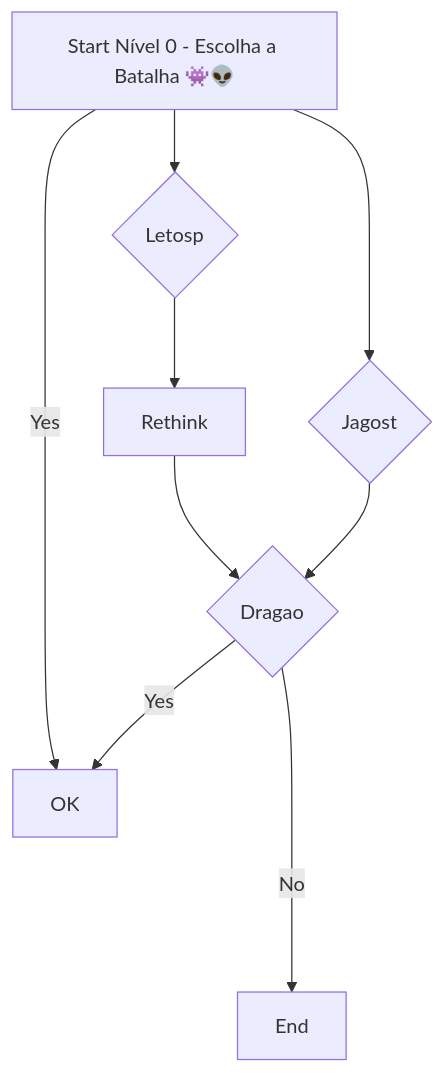
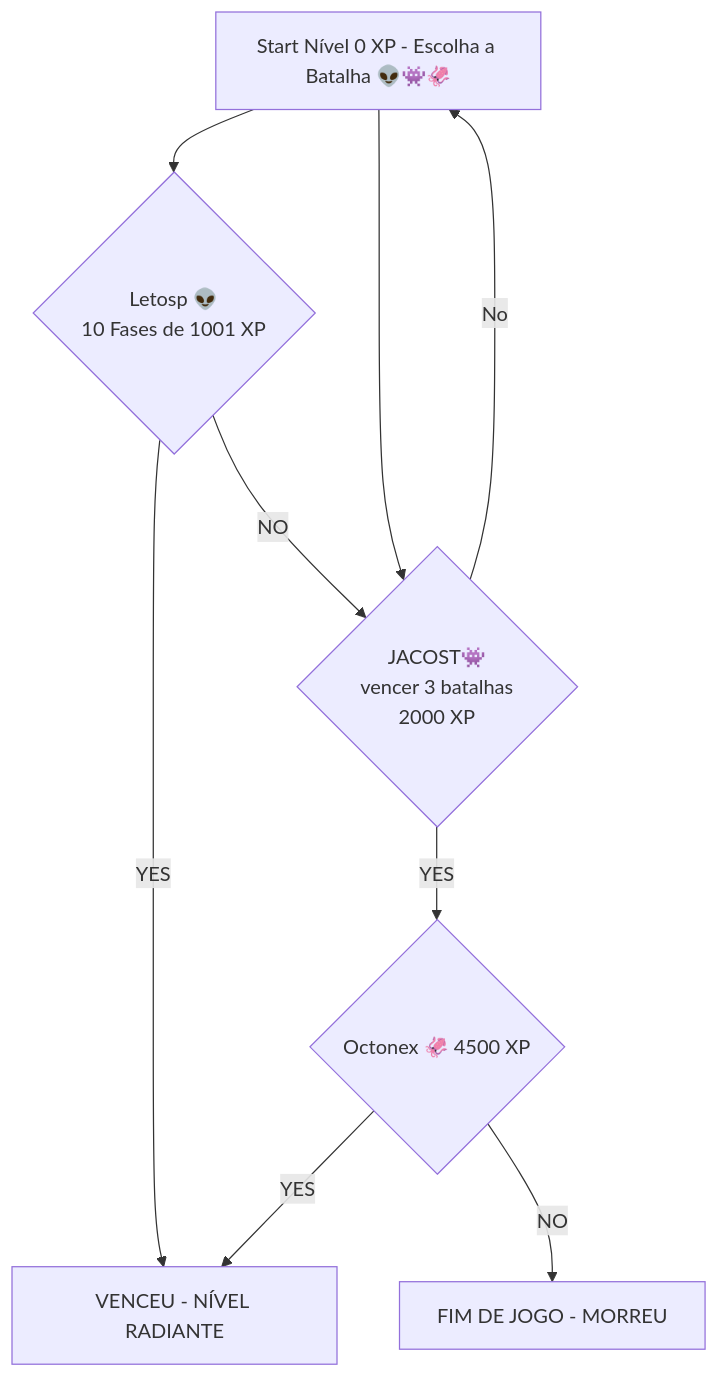
Before and after one commit to sezarprog/desafio-nivel-heroi: the second of 2 diagrams in README.md, drawn with Mermaid.

Commit message:
Update README.md
Desenvolvendo lógica com fluxograma

````diff
--- a/README.md
+++ b/README.md
@@ -14,12 +14,21 @@
 ```mermaid
 flowchart TD;
-    A[Start Nível 0 - Escolha a Batalha 👾👽]
-    A --> C{Letosp};
-    A --> D{Jagost};
-    A -- Yes --> E[OK];
-    B -- Yes --> E[OK];
-    C --> F[Rethink];
-    F[Rethink] --> B{Dragao};
-    D --> B;
-    B -- No ----> g[End];
+    A[Start Nível 0 XP - Escolha a Batalha 👽👾🦑]
+    A --> B{Letosp 👽
+ 10 Fases de 1001 xp} -- YES --> H[VENCEU - NÍVEL RADIANTE];
+B{Letosp 👽
+ 10 Fases de 1001 XP} -- NO --> C{JACOST🤖
+ vencer 3 batalhas
+ 2000XP };
+    A --> C{JACOST👾
+ vencer 3 batalhas
+ 2000 XP };
+   C{JACOST👾
+ vencer 3 batalhas
+ 2000 XP } -- No --> A;
+     C{JACOST👾
+ vencer 3 batalhas 
+2000 XP } -- YES--> G{Octonex 🦑 4500 XP};
+    G -- YES --> H[VENCEU - NÍVEL RADIANTE];
+    G -- NO --> J[FIM DE JOGO - MORREU];
 ```  
````
